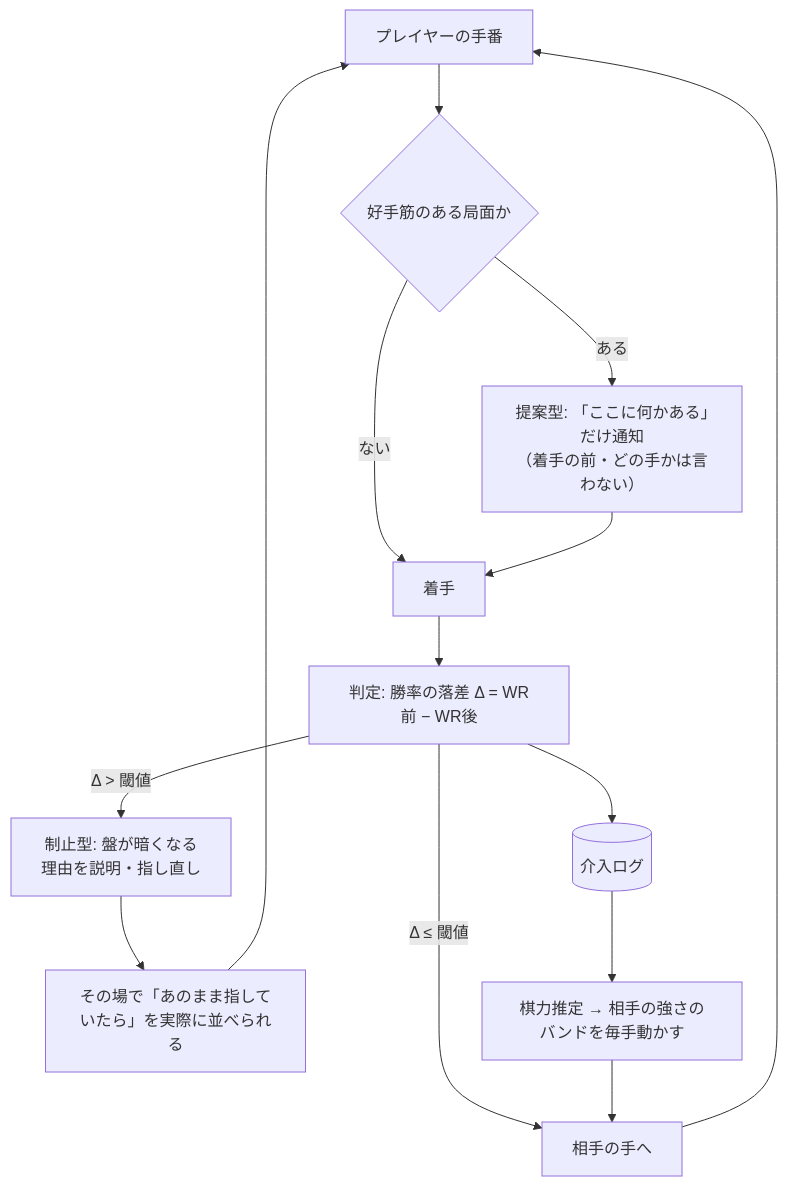
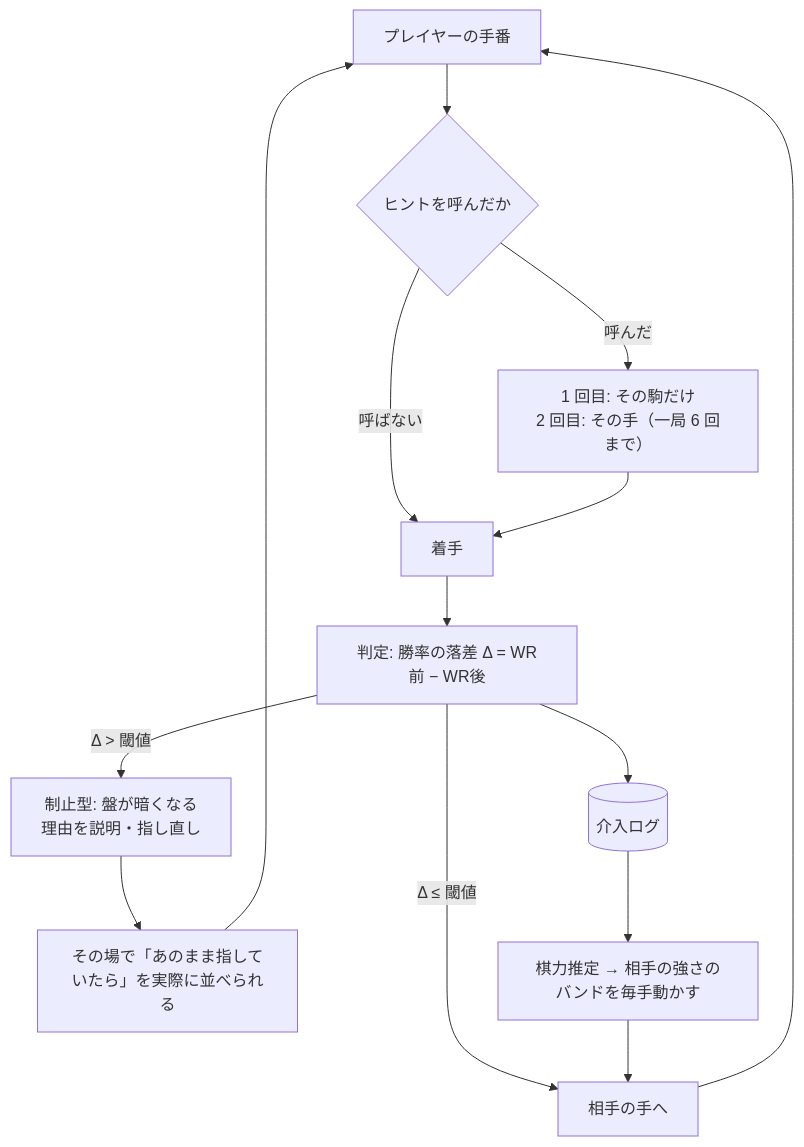
Before and after one commit to jovid18/show-gi: the first of 2 diagrams in README.md, drawn with Mermaid. The commit also changed other lines of this file and 55 other files, not shown here.

````diff
--- a/README.md
+++ b/README.md
@@ -58,16 +65,16 @@
 ```mermaid
 flowchart TD
-    A[プレイヤーの手番] --> B{好手筋のある局面か}
-    B -- ある --> C["提案型: 「ここに何かある」だけ通知<br/>（着手の前・どの手かは言わない）"]
-    B -- ない --> D[着手]
+    A[プレイヤーの手番] --> B{ヒントを呼んだか}
+    B -- 呼んだ --> C["1 回目: その駒だけ<br/>2 回目: その手（一局 6 回まで）"]
+    B -- 呼ばない --> D[着手]
     C --> D
     D --> E["判定: 勝率の落差 Δ = WR前 − WR後"]
     E -- "Δ ≤ 閾値" --> F[相手の手へ]
     E -- "Δ > 閾値" --> G["制止型: 盤が暗くなる<br/>理由を説明・指し直し"]
     G --> H["その場で「あのまま指していたら」を実際に並べられる"]
     H --> A
     F --> A
     E --> I[(介入ログ)]
     I --> J["棋力推定 → 相手の強さのバンドを毎手動かす"]
     J --> F
 ```
````
